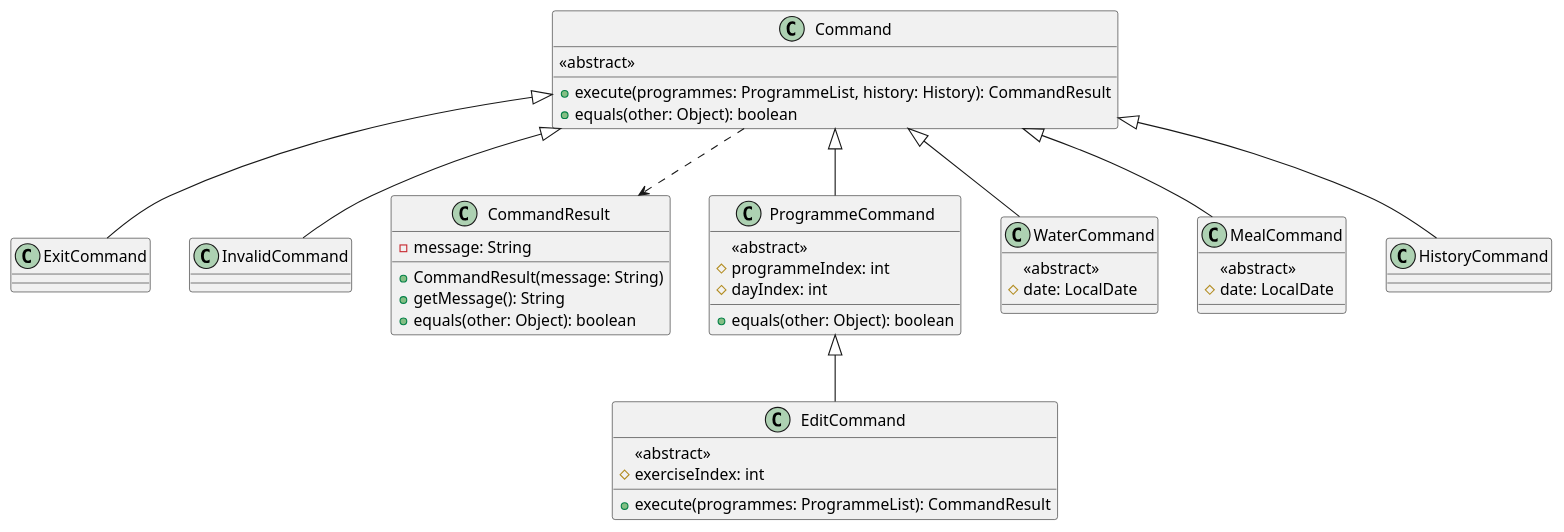
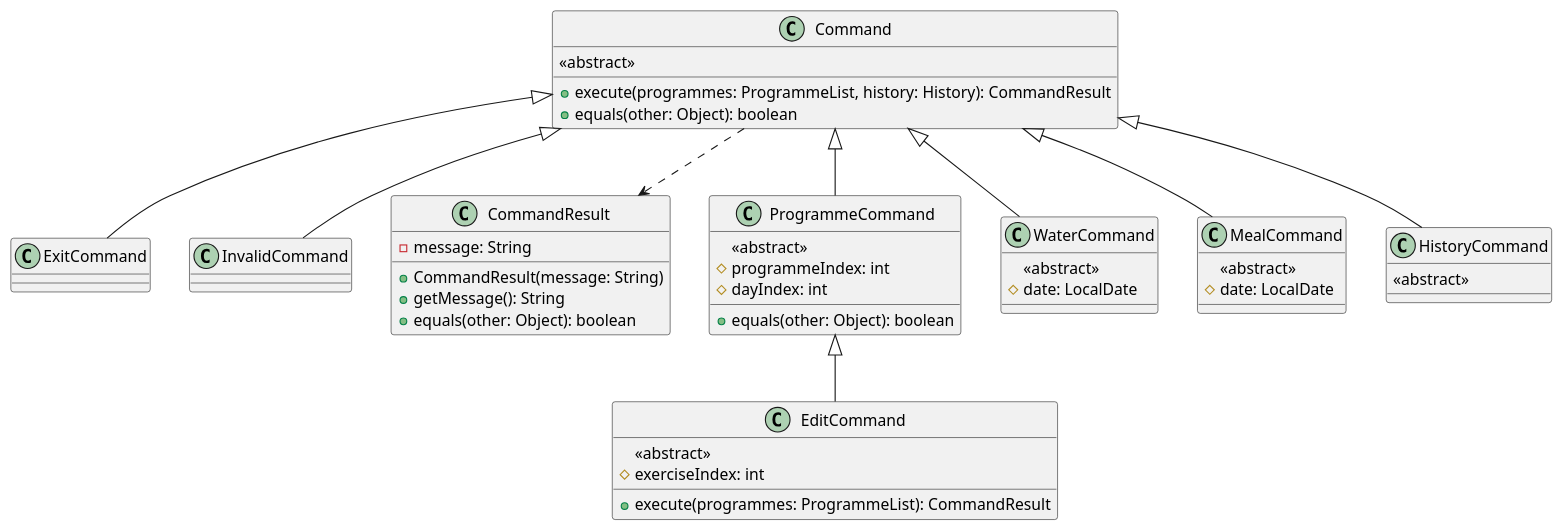
Before and after one commit to nus-cs2113-AY2425S1/tp: the diagram in docs/diagrams/commandSummary.puml, drawn with PlantUML. The commit also changed 13 other files, not shown here.

Commit message:
Fix DG diagrams

```diff
--- a/docs/diagrams/commandSummary.puml
+++ b/docs/diagrams/commandSummary.puml
@@ -1,56 +1,57 @@
 @startuml
 
     class Command {
         <<abstract>>
         +execute(programmes: ProgrammeList, history: History): CommandResult
         +equals(other: Object): boolean
     }
 
     class ExitCommand {
     }
 
     class InvalidCommand {
     }
 
     class CommandResult {
         -message: String
         +CommandResult(message: String)
         +getMessage(): String
         +equals(other: Object): boolean
     }
 
     class ProgrammeCommand {
         <<abstract>>
         #programmeIndex: int
         #dayIndex: int
         +equals(other: Object): boolean
     }
 
     class EditCommand {
         <<abstract>>
         #exerciseIndex: int
         +execute(programmes: ProgrammeList): CommandResult
     }
 
     class WaterCommand {
         <<abstract>>
         #date: LocalDate
     }
 
     class MealCommand {
         <<abstract>>
         #date: LocalDate
     }
 
     class HistoryCommand{
+        <<abstract>>
     }
 
     Command <|-- ProgrammeCommand
     Command <|-- ExitCommand
     Command <|-- InvalidCommand
     Command <|-- WaterCommand
     Command <|-- MealCommand
     Command <|-- HistoryCommand
     ProgrammeCommand <|-- EditCommand
     Command ..> CommandResult
 @enduml
```
